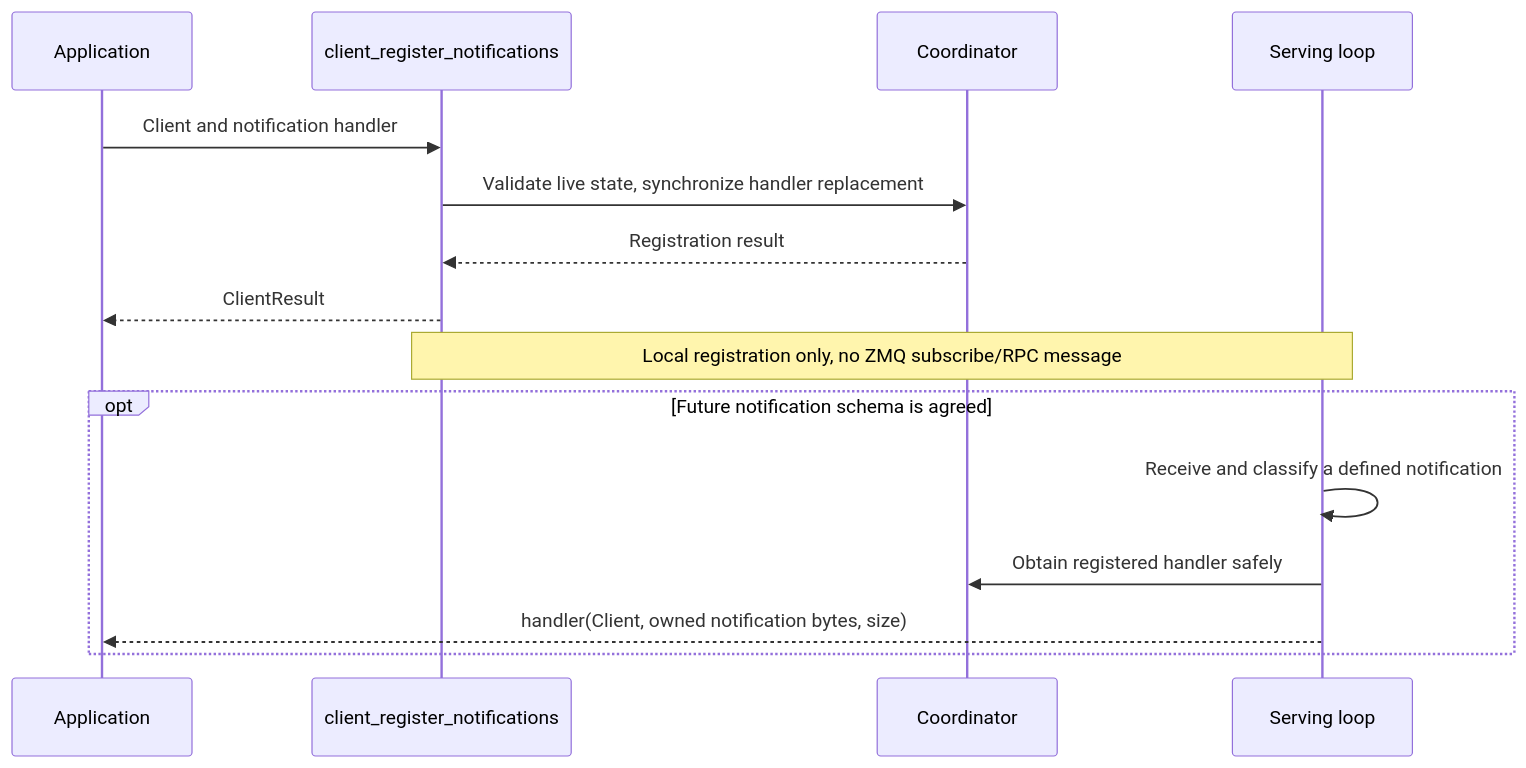
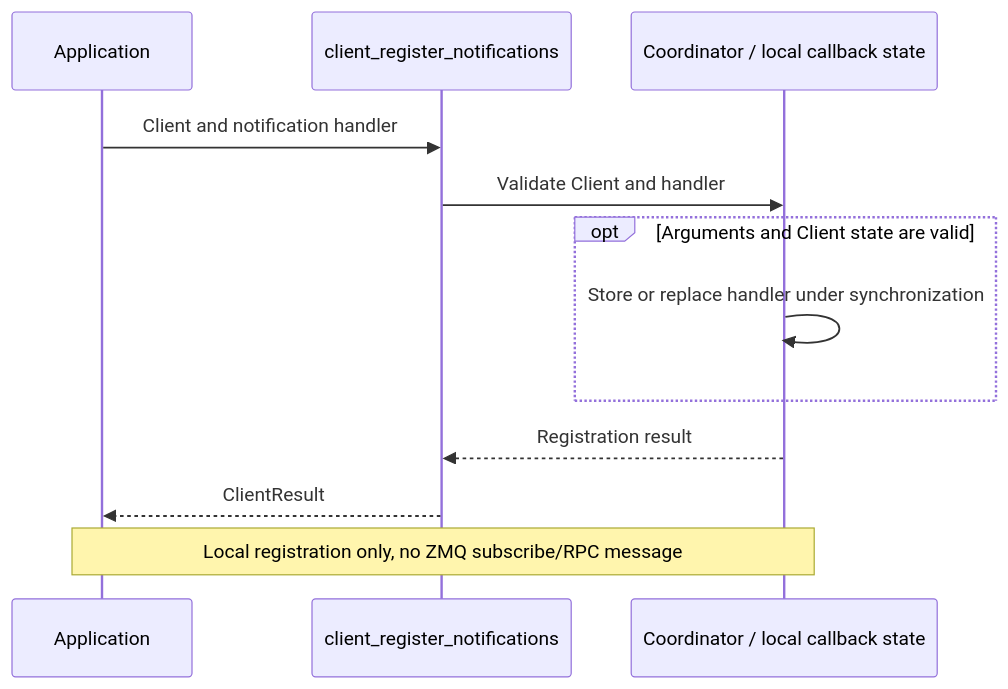
Before and after one commit to rdkcentral/eyil-secure-gateway: diagram 12 of 29 in doc/EyilSecureGateway.md, drawn with Mermaid. The commit also changed other lines of this file, not shown here.

````diff
--- a/doc/EyilSecureGateway.md
+++ b/doc/EyilSecureGateway.md
@@ -1548,17 +1592,14 @@
 ```mermaid
 sequenceDiagram
     participant A as Application
     participant API as client_register_notifications
-    participant C as Coordinator
-    participant IO as Serving loop
+    participant C as Coordinator / local callback state
     A->>API: Client and notification handler
-    API->>C: Validate live state, synchronize handler replacement
+    API->>C: Validate Client and handler
+    opt Arguments and Client state are valid
+        C->>C: Store or replace handler under synchronization
+    end
     C-->>API: Registration result
     API-->>A: ClientResult
-    Note over API,IO: Local registration only, no ZMQ subscribe/RPC message
-    opt Future notification schema is agreed
-        IO->>IO: Receive and classify a defined notification
-        IO->>C: Obtain registered handler safely
-        IO-->>A: handler(Client, owned notification bytes, size)
-    end
+    Note over A,C: Local registration only, no ZMQ subscribe/RPC message
 ```
````
